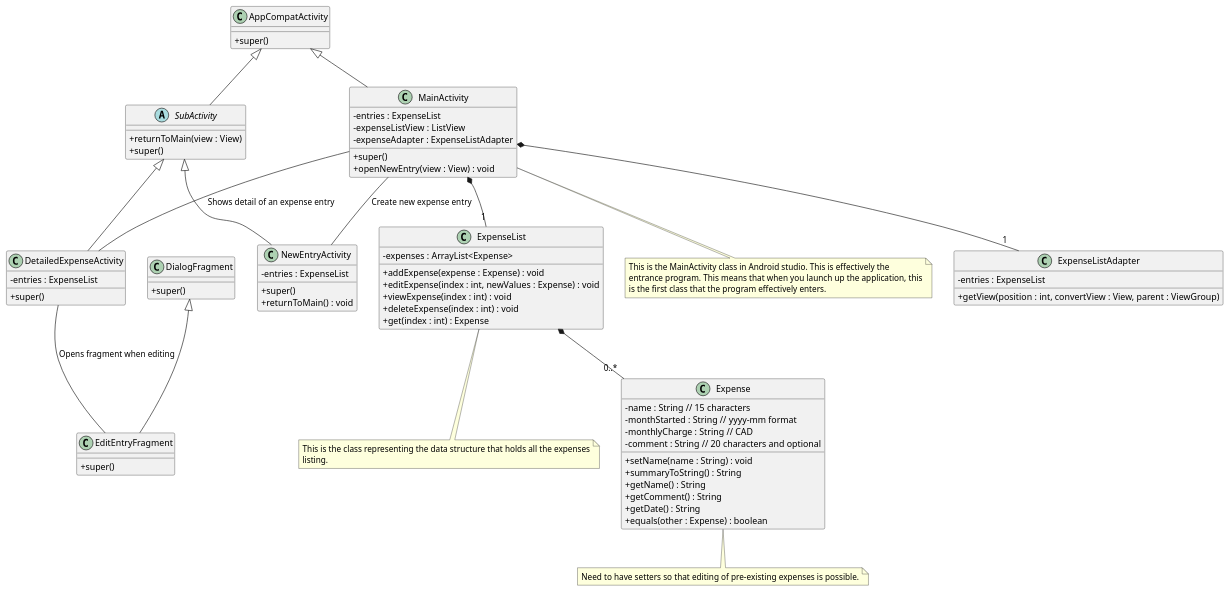
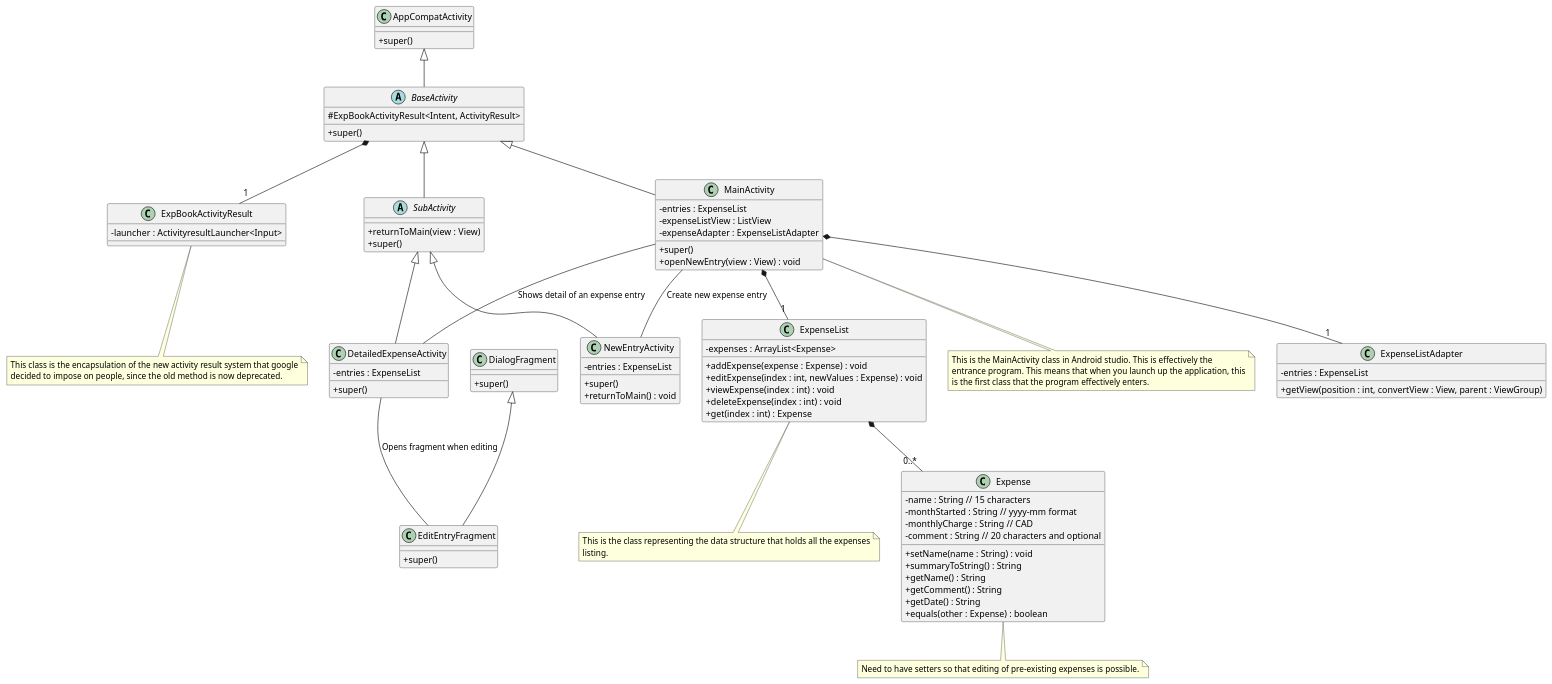
Before and after one commit to waridh/expense_book: the diagram in doc/uml/assign1UML/assign1UML.puml, drawn with PlantUML. The commit also changed 13 other files, not shown here.

```diff
--- a/doc/uml/assign1UML/assign1UML.puml
+++ b/doc/uml/assign1UML/assign1UML.puml
@@ -1,106 +1,127 @@
 @startuml
   skinparam classAttributeIconSize 0
 
 class AppCompatActivity {
   +super()
 }
 
+abstract class BaseActivity {
+  #ExpBookActivityResult<Intent, ActivityResult>
+  +super()
+}
+
 class DialogFragment {
   +super()
+}
+
+class ExpBookActivityResult {
+  -launcher : ActivityresultLauncher<Input>
 }
 
 abstract class SubActivity {
   +returnToMain(view : View)
   +super()
 }
 
 class ExpenseListAdapter{
   - entries : ExpenseList
   + getView(position : int, convertView : View, parent : ViewGroup)
 }
 
 class MainActivity {
   - entries : ExpenseList
   - expenseListView : ListView
   - expenseAdapter : ExpenseListAdapter
   + super()
   + openNewEntry(view : View) : void
 }
 
 class DetailedExpenseActivity {
   - entries : ExpenseList
   + super()
 }
 
 class EditEntryFragment {
   + super()
 }
 
 class NewEntryActivity {
   - entries : ExpenseList
   + super()
   + returnToMain() : void
 }
 
 class Expense {
   - name : String // 15 characters
   - monthStarted : String // yyyy-mm format
   - monthlyCharge : String // CAD
   - comment : String // 20 characters and optional
 
   +setName(name : String) : void
   +summaryToString() : String
   +getName() : String
   +getComment() : String
   +getDate() : String
   +equals(other : Expense) : boolean
 }
 
 class ExpenseList {
   -expenses : ArrayList<Expense>
   +addExpense(expense : Expense) : void
   +editExpense(index : int, newValues : Expense) : void
   +viewExpense(index : int) : void
   +deleteExpense(index : int) : void
   +get(index : int) : Expense
 }
 
 note bottom of ExpenseList
   This is the class representing the data structure that holds all the expenses
   listing.
 end note
 
+note bottom of ExpBookActivityResult
+  This class is the encapsulation of the new activity result system that google
+  decided to impose on people, since the old method is now deprecated.
+end note
+
 note bottom of Expense
   Need to have setters so that editing of pre-existing expenses is possible.
 end note
 
 note bottom of MainActivity
   This is the MainActivity class in Android studio. This is effectively the
   entrance program. This means that when you launch up the application, this
   is the first class that the program effectively enters.
 end note
 
 /' This is the classes that inherit from AppCompatActivity, which is all the
 activities '/
-AppCompatActivity <|-- MainActivity
-AppCompatActivity <|-- SubActivity
+AppCompatActivity <|-- BaseActivity
+
+/' Now a lot of things are subclasses of BaseActivity so that we could send
+objects around '/
+BaseActivity <|-- MainActivity
+BaseActivity <|-- SubActivity
+
+/' BaseActivity Components '/
+BaseActivity *-- "1" ExpBookActivityResult
 
 /' The classes that extends SubActivity '/
 SubActivity <|-- DetailedExpenseActivity
 SubActivity <|-- NewEntryActivity
 
 /' The class that inherits from Fragment '/
 DialogFragment <|-- EditEntryFragment
 
 /' This is the relationship for the MainActivity '/
 MainActivity *-- "1" ExpenseList
 MainActivity *-- "1" ExpenseListAdapter
 
 /' For relationships between the activities '/
 MainActivity -- NewEntryActivity : "Create new expense entry"
 MainActivity -- DetailedExpenseActivity : "Shows detail of an expense entry"
 DetailedExpenseActivity -- EditEntryFragment : "Opens fragment when editing"
 
 ExpenseList *-- "0..*" Expense
 
 @enduml
```
